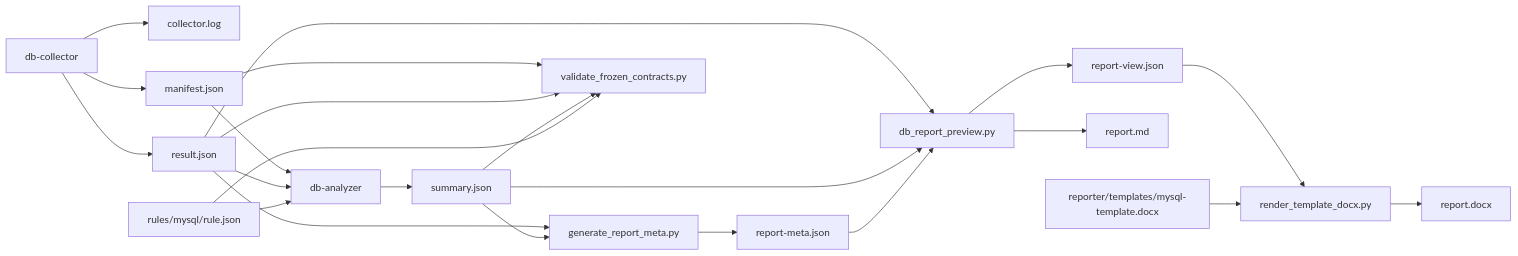
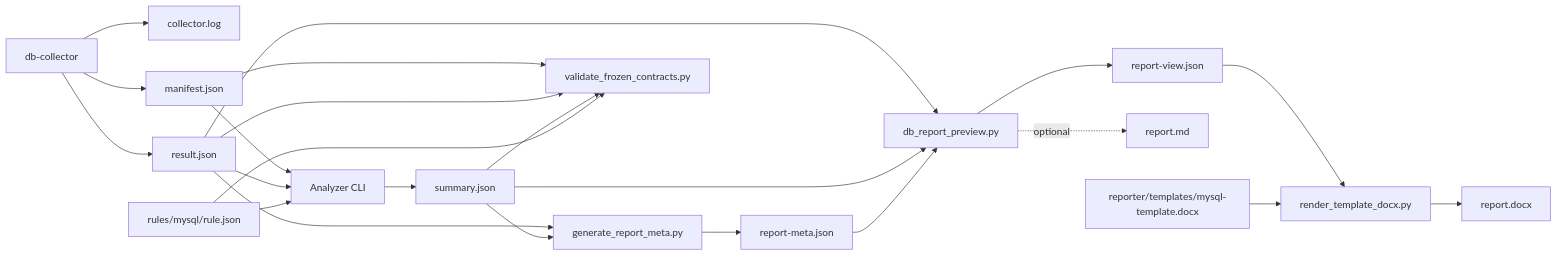
Before and after one commit to liumingjian/db-check: the first of 4 diagrams in docs/architecture/业务全景与实现流程.md, drawn with Mermaid. The commit also changed other lines of this file and 59 other files, not shown here.

````diff
--- a/docs/architecture/业务全景与实现流程.md
+++ b/docs/architecture/业务全景与实现流程.md
@@ -35,25 +69,25 @@
 ```mermaid
 flowchart LR
   A["db-collector"] --> B["collector.log"]
   A --> C["manifest.json"]
   A --> D["result.json"]
-  C --> E["db-analyzer"]
+  C --> E["Analyzer CLI"]
   D --> E
   F["rules/mysql/rule.json"] --> E
   E --> G["summary.json"]
   D --> H["generate_report_meta.py"]
   G --> H
   H --> I["report-meta.json"]
   D --> J["db_report_preview.py"]
   G --> J
   I --> J
   J --> K["report-view.json"]
-  J --> L["report.md"]
+  J -. optional .-> L["report.md"]
   K --> M["render_template_docx.py"]
   N["reporter/templates/mysql-template.docx"] --> M
   M --> O["report.docx"]
   C --> P["validate_frozen_contracts.py"]
   D --> P
   G --> P
   F --> P
 ```
````
